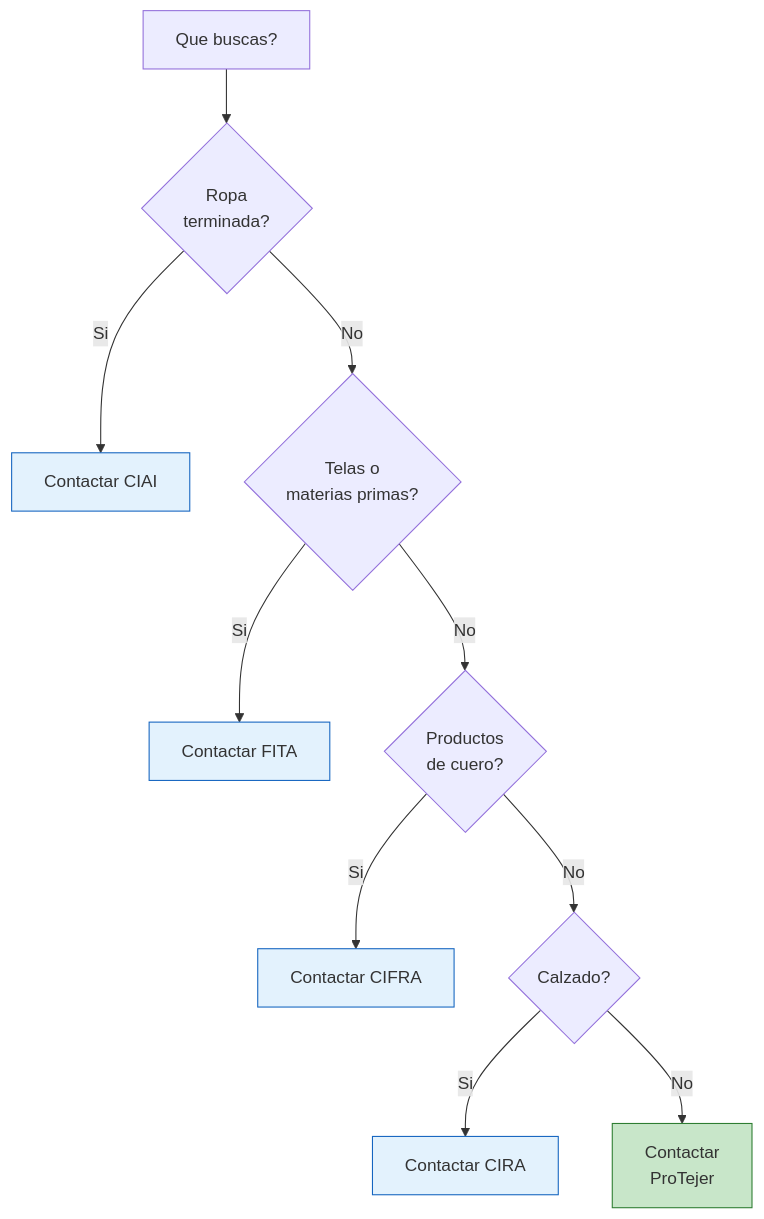
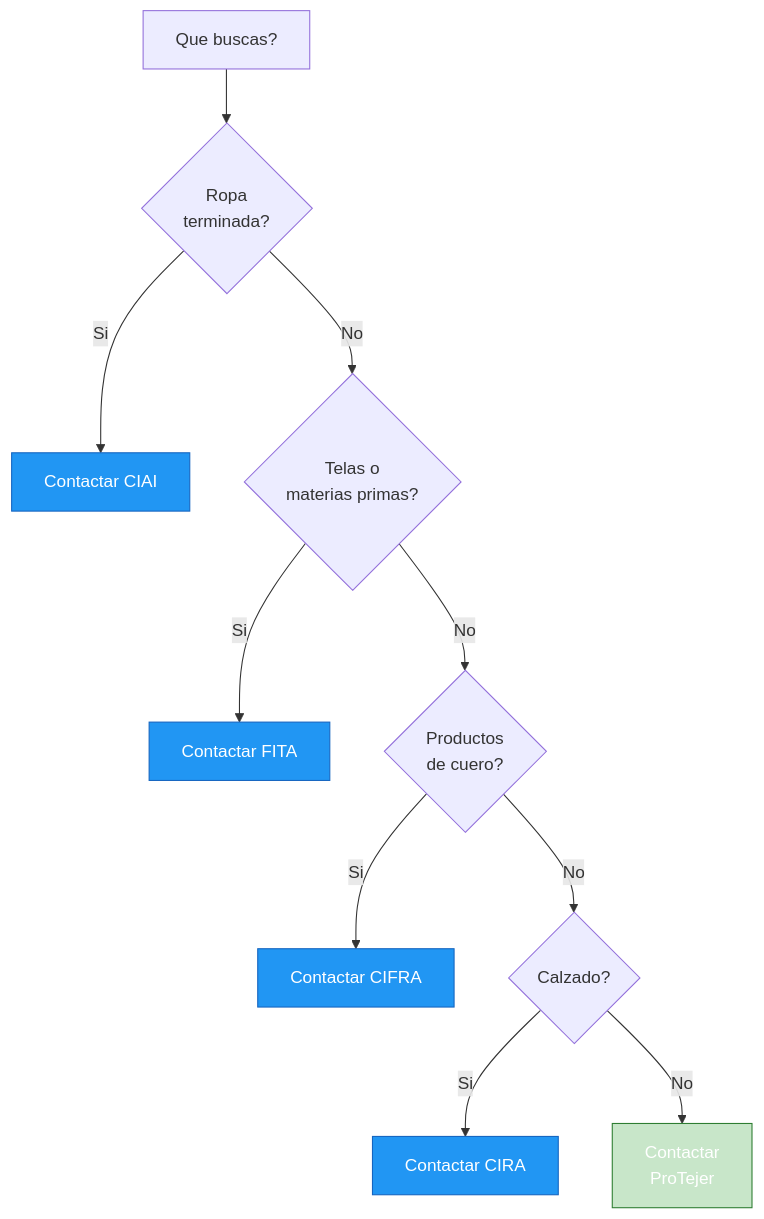
Before and after one commit to barrosignacioezequiel-coder/docs: the diagram in app/paso1-argentina/encontrar-fabricas/camaras-textiles.mdx, drawn with Mermaid. The commit also changed 66 other files, not shown here.

First line of the commit message:
fix: resolve Mermaid v11 numbered list errors + improve contrast

````diff
--- a/app/paso1-argentina/encontrar-fabricas/camaras-textiles.mdx
+++ b/app/paso1-argentina/encontrar-fabricas/camaras-textiles.mdx
@@ -125,18 +125,18 @@
 ```mermaid
 graph TD
     A["Que buscas?"] --> B{"Ropa<br/>terminada?"}
     B -- Si --> C["Contactar CIAI"]
     B -- No --> D{"Telas o<br/>materias primas?"}
     D -- Si --> E["Contactar FITA"]
     D -- No --> F{"Productos<br/>de cuero?"}
     F -- Si --> G["Contactar CIFRA"]
     F -- No --> H{"Calzado?"}
     H -- Si --> I["Contactar CIRA"]
     H -- No --> J["Contactar<br/>ProTejer"]
 
-    style C fill:#e3f2fd,stroke:#1565c0
-    style E fill:#e3f2fd,stroke:#1565c0
-    style G fill:#e3f2fd,stroke:#1565c0
-    style I fill:#e3f2fd,stroke:#1565c0
-    style J fill:#c8e6c9,stroke:#2e7d32
+    style C fill:#2196f3,stroke:#1565c0,color:#fff
+    style E fill:#2196f3,stroke:#1565c0,color:#fff
+    style G fill:#2196f3,stroke:#1565c0,color:#fff
+    style I fill:#2196f3,stroke:#1565c0,color:#fff
+    style J fill:#c8e6c9,stroke:#2e7d32,color:#fff
 ```
````
